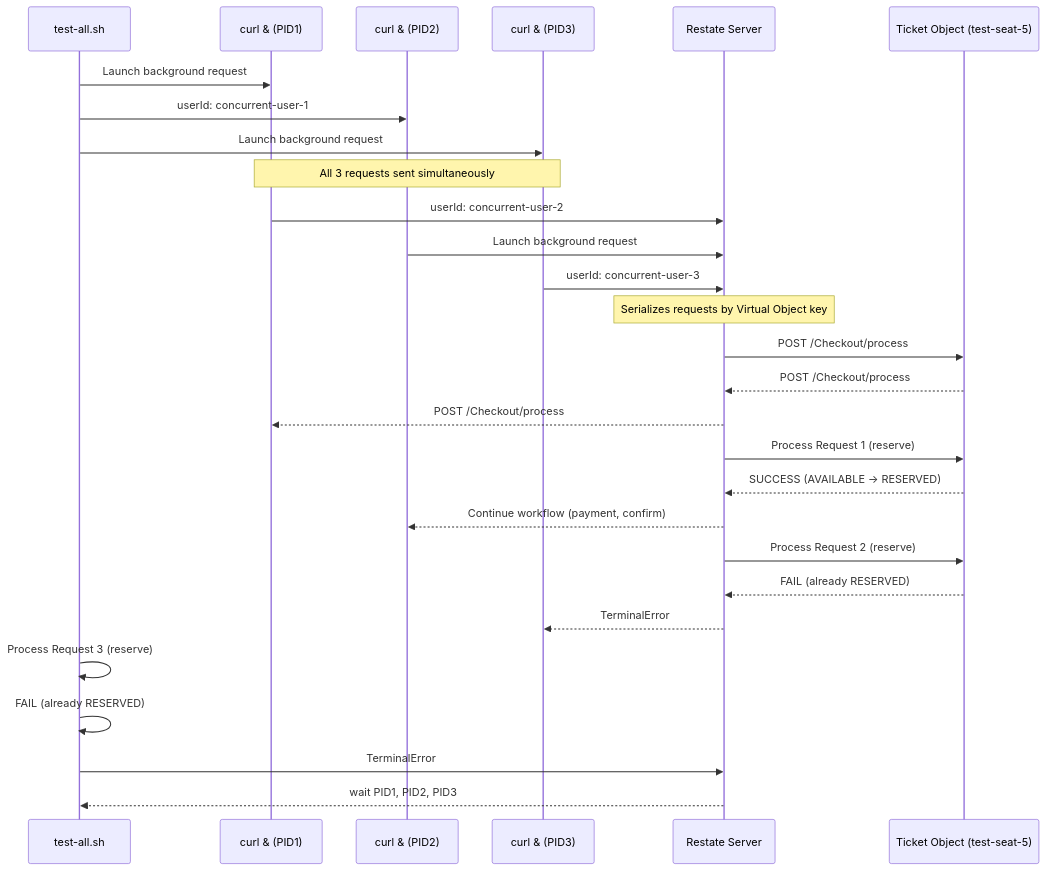
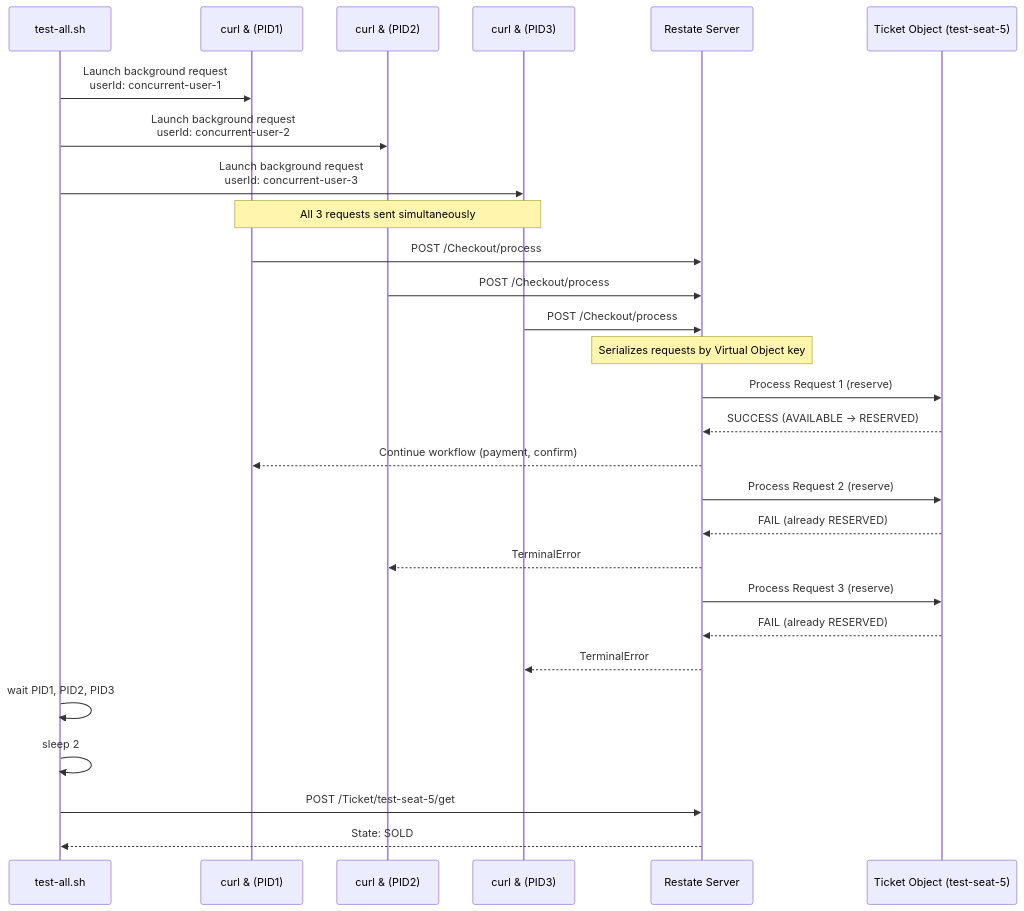
Before and after one commit to philipz/restate-cloudflare-workers-poc: the third of 5 diagrams in docs/deepwiki/Local-Testing.md, drawn with Mermaid. The commit also changed 18 other files, not shown here.

Commit message:
refactor: standardize mermaid diagram participant syntax across documentation files

````diff
--- a/docs/deepwiki/Local-Testing.md
+++ b/docs/deepwiki/Local-Testing.md
@@ -285,31 +285,31 @@
 ```mermaid
 sequenceDiagram
-  participant test-all.sh
-  participant curl & (PID1)
-  participant curl & (PID2)
-  participant curl & (PID3)
-  participant Restate Server
-  participant Ticket Object (test-seat-5)
+  participant p1 as test-all.sh
+  participant p2 as curl & (PID1)
+  participant p3 as curl & (PID2)
+  participant p4 as curl & (PID3)
+  participant p5 as Restate Server
+  participant p6 as Ticket Object (test-seat-5)
 
-  test-all.sh->>curl & (PID1): Launch background request
-  test-all.sh->>curl & (PID2): userId: concurrent-user-1
-  test-all.sh->>curl & (PID3): Launch background request
-  note over curl & (PID1),curl & (PID3): All 3 requests sent simultaneously
-  curl & (PID1)->>Restate Server: userId: concurrent-user-2
-  curl & (PID2)->>Restate Server: Launch background request
-  curl & (PID3)->>Restate Server: userId: concurrent-user-3
-  note over Restate Server: Serializes requests by Virtual Object key
-  Restate Server->>Ticket Object (test-seat-5): POST /Checkout/process
-  Ticket Object (test-seat-5)-->>Restate Server: POST /Checkout/process
-  Restate Server-->>curl & (PID1): POST /Checkout/process
-  Restate Server->>Ticket Object (test-seat-5): Process Request 1 (reserve)
-  Ticket Object (test-seat-5)-->>Restate Server: SUCCESS (AVAILABLE → RESERVED)
-  Restate Server-->>curl & (PID2): Continue workflow (payment, confirm)
-  Restate Server->>Ticket Object (test-seat-5): Process Request 2 (reserve)
-  Ticket Object (test-seat-5)-->>Restate Server: FAIL (already RESERVED)
-  Restate Server-->>curl & (PID3): TerminalError
-  test-all.sh->>test-all.sh: Process Request 3 (reserve)
-  test-all.sh->>test-all.sh: FAIL (already RESERVED)
-  test-all.sh->>Restate Server: TerminalError
-  Restate Server-->>test-all.sh: wait PID1, PID2, PID3
+  p1->>p2: Launch background request<br/>userId: concurrent-user-1
+  p1->>p3: Launch background request<br/>userId: concurrent-user-2
+  p1->>p4: Launch background request<br/>userId: concurrent-user-3
+  note over p2,p4: All 3 requests sent simultaneously
+  p2->>p5: POST /Checkout/process
+  p3->>p5: POST /Checkout/process
+  p4->>p5: POST /Checkout/process
+  note over p5: Serializes requests by Virtual Object key
+  p5->>p6: Process Request 1 (reserve)
+  p6-->>p5: SUCCESS (AVAILABLE → RESERVED)
+  p5-->>p2: Continue workflow (payment, confirm)
+  p5->>p6: Process Request 2 (reserve)
+  p6-->>p5: FAIL (already RESERVED)
+  p5-->>p3: TerminalError
+  p5->>p6: Process Request 3 (reserve)
+  p6-->>p5: FAIL (already RESERVED)
+  p5-->>p4: TerminalError
+  p1->>p1: wait PID1, PID2, PID3
+  p1->>p1: sleep 2
+  p1->>p5: POST /Ticket/test-seat-5/get
+  p5-->>p1: State: SOLD
 ```
````
